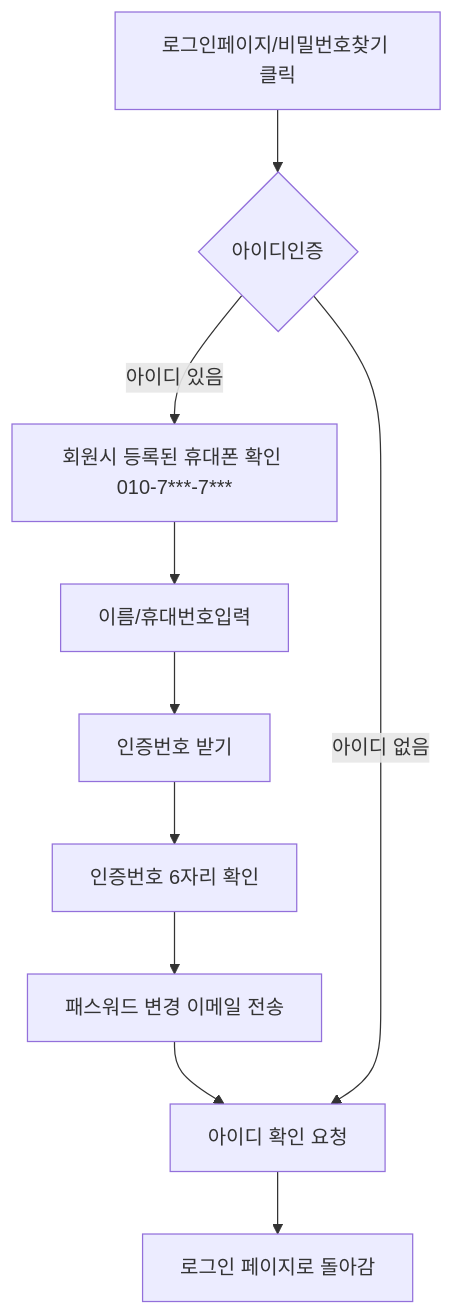
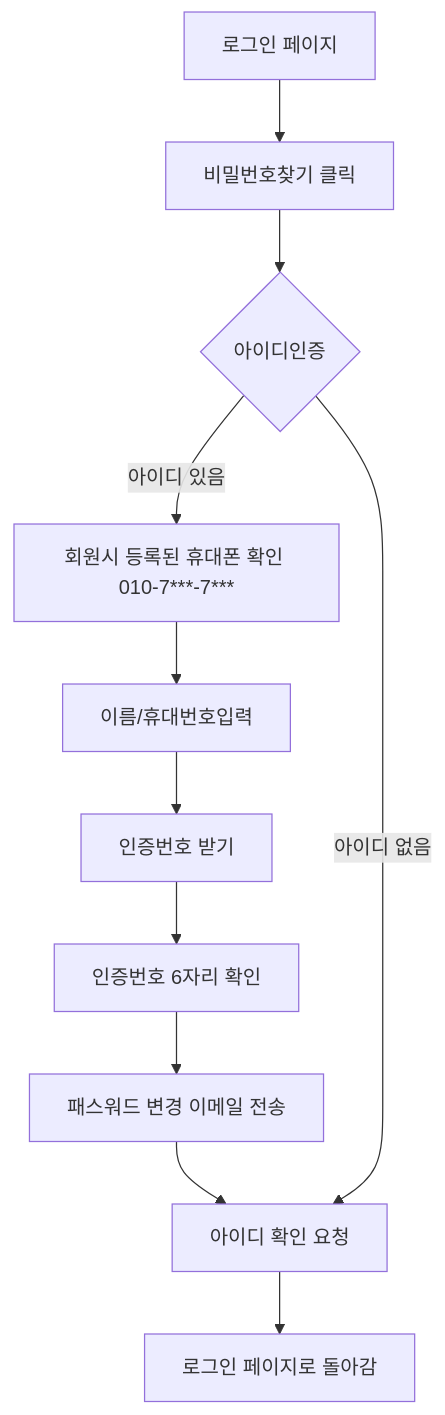
The second of 3 diagrams in login_기능정의서.md (95126m/OnboardingProject), drawn with Mermaid before and after one commit.

````diff
--- a/login_기능정의서.md
+++ b/login_기능정의서.md
@@ -45,7 +45,7 @@
 ```mermaid
 flowchart TD
-    A[로그인페이지/비밀번호찾기 클릭]-->B[아이디 입력] -- 아이디 있음 --> c[회원시 등록된 휴대폰 확인 010-7***-7***]-->d[이름/휴대번호입력]-->e[인증번호 받기]-->f[인증번호 6자리 확인]-->g[패스워드 변경 이메일 전송]-->h[가입된 이메일로 암호변경 링크 발송]
+    k[로그인 페이지]-->A[비밀번호찾기 클릭]-->B[아이디 입력] -- 아이디 있음 --> c[회원시 등록된 휴대폰 확인 010-7***-7***]-->d[이름/휴대번호입력]-->e[인증번호 받기]-->f[인증번호 6자리 확인]-->g[패스워드 변경 이메일 전송]-->h[가입된 이메일로 암호변경 링크 발송]
     B{아이디인증} -- 아이디 없음 -->h[아이디 확인 요청]-->i[로그인 페이지로 돌아감]
 
  
 ```
````
